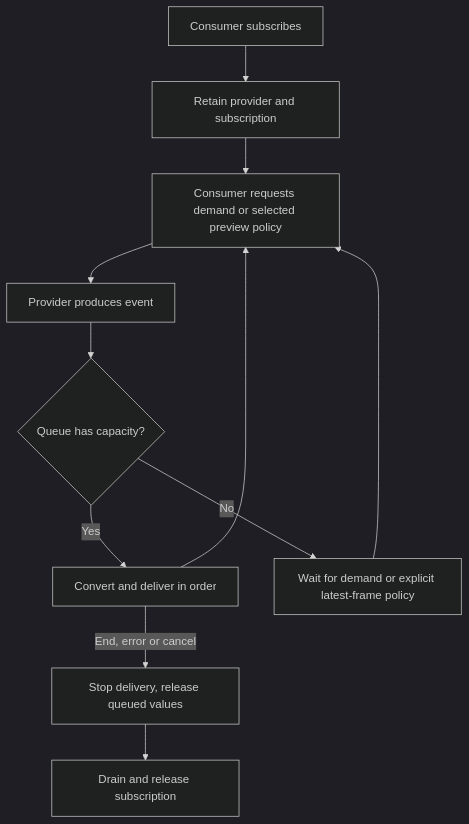
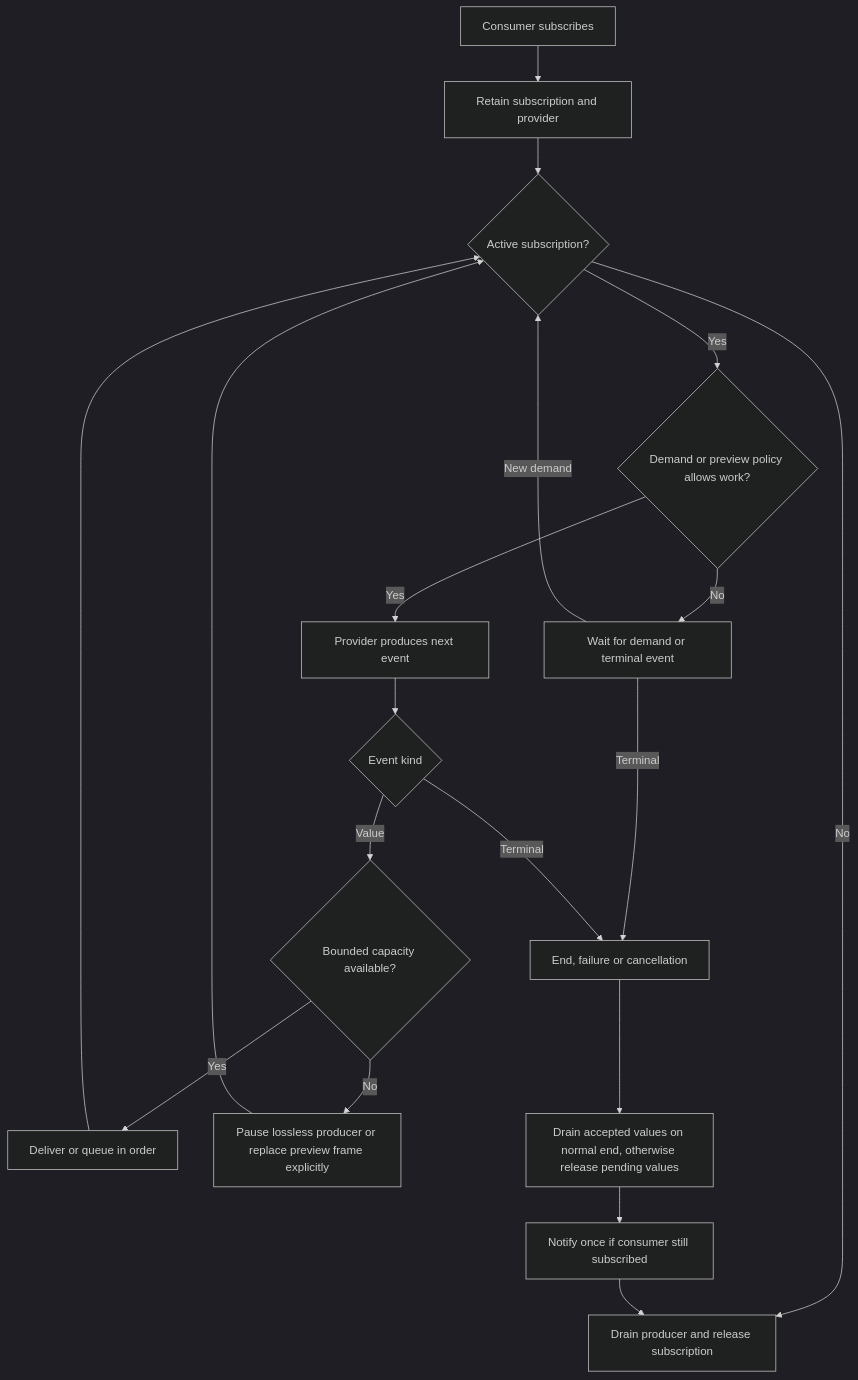
One commit to polyglue/polyglue changed diagram 27 of 39 in PROJECT.md. Above: the diagram before and after it, drawn with Mermaid (dark theme). The commit also changed other lines of this file and 2 other files, not shown here.

Commit message:
docs: clarify callback contracts and bidirectional feature flows

````diff
--- a/PROJECT.md
+++ b/PROJECT.md
@@ -2623,13 +2722,21 @@
 ```mermaid
 flowchart TD
-    A["Consumer subscribes"] --> B["Retain provider and subscription"]
-    B --> C["Consumer requests demand or selected preview policy"]
-    C --> D["Provider produces event"]
-    D --> E{"Queue has capacity?"}
-    E -->|Yes| F["Convert and deliver in order"]
-    E -->|No| G["Wait for demand or explicit latest-frame policy"]
-    G --> C
-    F --> C
-    F -->|End, error or cancel| H["Stop delivery, release queued values"]
-    H --> I["Drain and release subscription"]
+    A["Consumer subscribes"] --> B["Retain subscription and provider"]
+    B --> C{"Active subscription?"}
+    C -->|No| Z["Drain producer and release subscription"]
+    C -->|Yes| D{"Demand or preview policy allows work?"}
+    D -->|No| E["Wait for demand or terminal event"]
+    D -->|Yes| F["Provider produces next event"]
+    E -->|New demand| C
+    E -->|Terminal| T["End, failure or cancellation"]
+    F --> G{"Event kind"}
+    G -->|Value| H{"Bounded capacity available?"}
+    H -->|Yes| I["Deliver or queue in order"]
+    H -->|No| J["Pause lossless producer or replace preview frame explicitly"]
+    I --> C
+    J --> C
+    G -->|Terminal| T
+    T --> K["Drain accepted values on normal end, otherwise release pending values"]
+    K --> L["Notify once if consumer still subscribed"]
+    L --> Z
 ```
````
